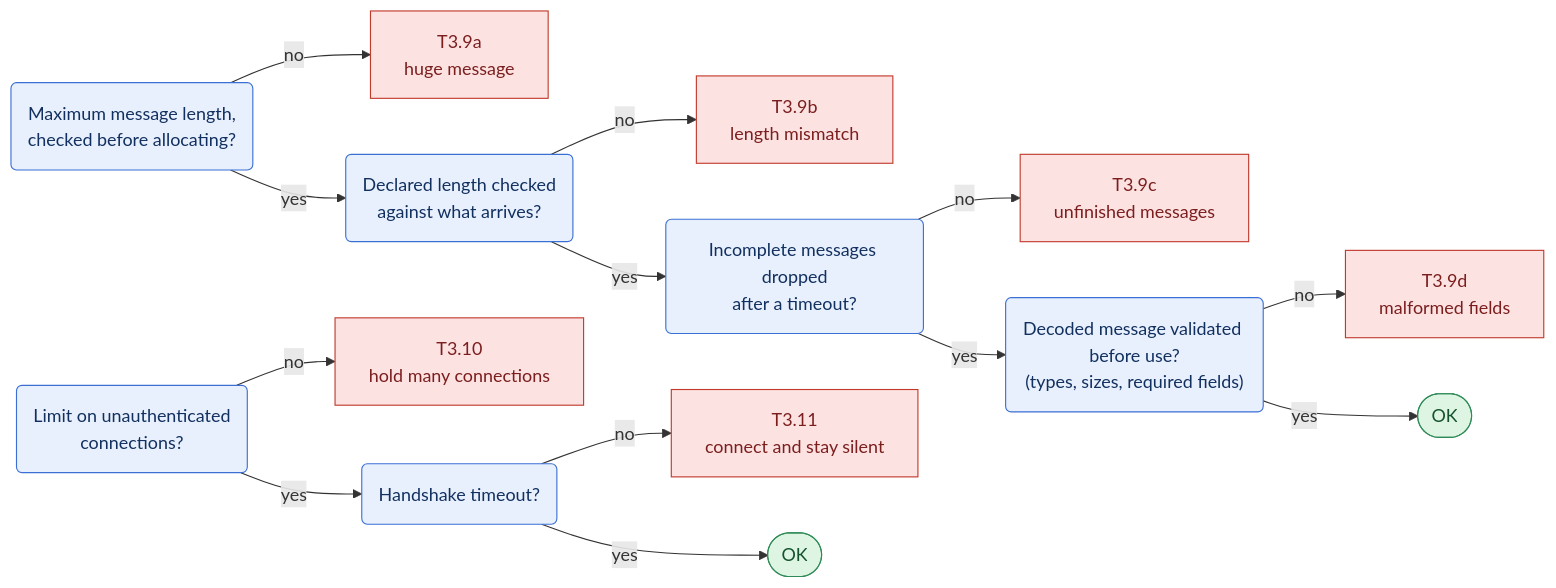
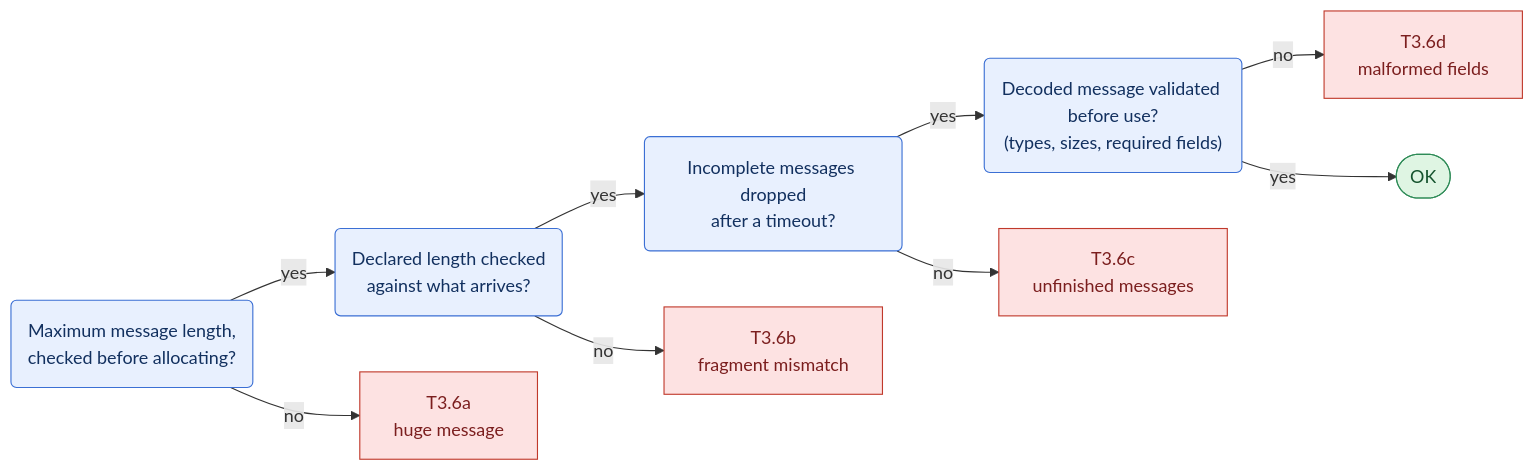
One commit to Samylay/sentry-key changed the seventh of 17 diagrams in docs/red-team/README.md. Above: the diagram before and after it, drawn with Mermaid. The commit also changed other lines of this file and 1 other file, not shown here.

First line of the commit message:
Align red team guide with docs/ARCHITECTURE.md (prompt P-007)

````diff
--- a/docs/red-team/README.md
+++ b/docs/red-team/README.md
@@ -323,25 +352,19 @@
 ```mermaid
 flowchart LR
   classDef q fill:#e8f0fe,stroke:#3b6fd4,color:#12305f
   classDef atk fill:#fde2e2,stroke:#c0392b,color:#7b1e1e
   classDef ok fill:#dff5e3,stroke:#2e8b57,color:#14532d
   classDef note fill:#fff4d6,stroke:#b7791f,color:#5c3d00
-  q8("Maximum message length,<br/>checked before allocating?"):::q
-  q9("Declared length checked<br/>against what arrives?"):::q
-  q10("Incomplete messages dropped<br/>after a timeout?"):::q
-  q11("Decoded message validated before use?<br/>(types, sizes, required fields)"):::q
-  q12("Limit on unauthenticated<br/>connections?"):::q
-  q13("Handshake timeout?"):::q
-  q8 -->|"no"| a9["T3.9a<br/>huge message"]:::atk
-  q8 -->|"yes"| q9
-  q9 -->|"no"| a10["T3.9b<br/>length mismatch"]:::atk
-  q9 -->|"yes"| q10
-  q10 -->|"no"| a11["T3.9c<br/>unfinished messages"]:::atk
-  q10 -->|"yes"| q11
-  q11 -->|"no"| a12["T3.9d<br/>malformed fields"]:::atk
-  q11 -->|"yes"| ok5(["OK"]):::ok
-  q12 -->|"no"| a13["T3.10<br/>hold many connections"]:::atk
-  q12 -->|"yes"| q13
-  q13 -->|"no"| a14["T3.11<br/>connect and stay silent"]:::atk
-  q13 -->|"yes"| ok6(["OK"]):::ok
+  q4("Maximum message length,<br/>checked before allocating?"):::q
+  q5("Declared length checked<br/>against what arrives?"):::q
+  q6("Incomplete messages dropped<br/>after a timeout?"):::q
+  q7("Decoded message validated before use?<br/>(types, sizes, required fields)"):::q
+  q4 -->|"no"| a6a["T3.6a<br/>huge message"]:::atk
+  q4 -->|"yes"| q5
+  q5 -->|"no"| a6b["T3.6b<br/>fragment mismatch"]:::atk
+  q5 -->|"yes"| q6
+  q6 -->|"no"| a6c["T3.6c<br/>unfinished messages"]:::atk
+  q6 -->|"yes"| q7
+  q7 -->|"no"| a6d["T3.6d<br/>malformed fields"]:::atk
+  q7 -->|"yes"| ok2(["OK"]):::ok
 ```
````
